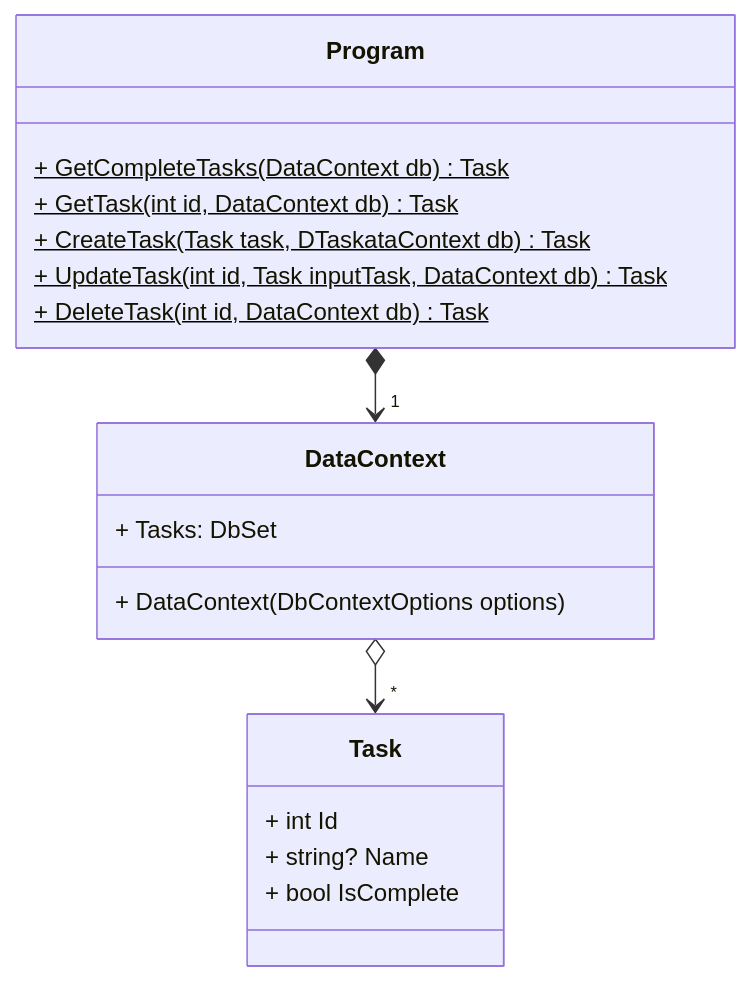
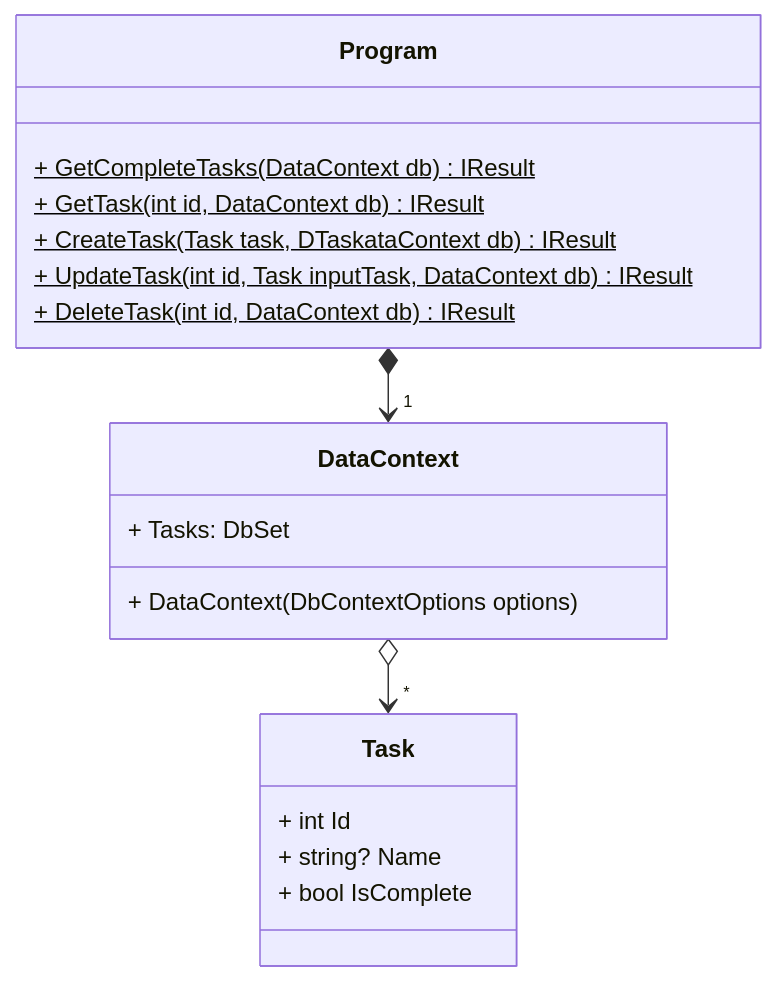
One commit to IDWM/tasks-dotnet-api changed the diagram in classdiagram.md. Above: the diagram before and after it, drawn with Mermaid. The commit also changed 1 other file, not shown here.

Commit message:
refactor: convert all methods to synchronous

````diff
--- a/classdiagram.md
+++ b/classdiagram.md
@@ -1,24 +1,24 @@
 ```mermaid
 classDiagram
     class Task {
         + int Id
         + string? Name
         + bool IsComplete
     }
 
     class DataContext {
         + DataContext(DbContextOptions<DataContext> options)
         + Tasks: DbSet<Task>
     }
 
     class Program {
-        + GetCompleteTasks(DataContext db) Task<IResult>$
-        + GetTask(int id, DataContext db) Task<IResult>$
-        + CreateTask(Task task, DTask<IResult>ataContext db) Task<IResult>$
-        + UpdateTask(int id, Task inputTask, DataContext db) Task<IResult>$
-        + DeleteTask(int id, DataContext db) Task<IResult>$
+        + GetCompleteTasks(DataContext db) IResult$
+        + GetTask(int id, DataContext db) IResult$
+        + CreateTask(Task task, DTask<IResult>ataContext db) IResult$
+        + UpdateTask(int id, Task inputTask, DataContext db) IResult$
+        + DeleteTask(int id, DataContext db) IResult$
     }
 
     Program *--> "1" DataContext
     DataContext o--> "*" Task
 ```
````
